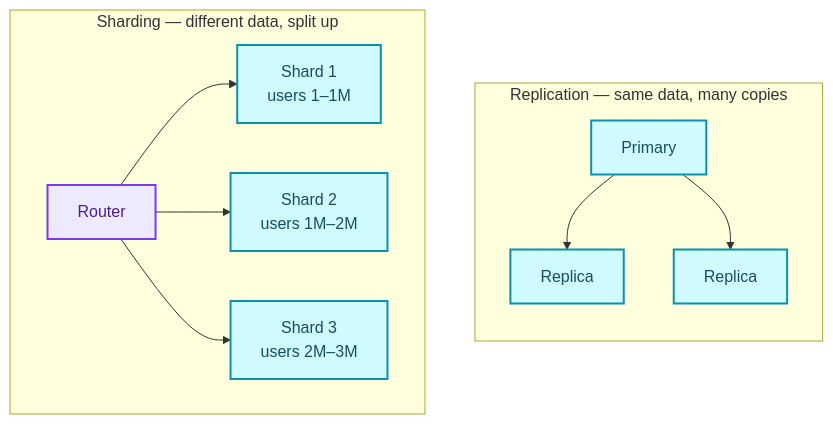
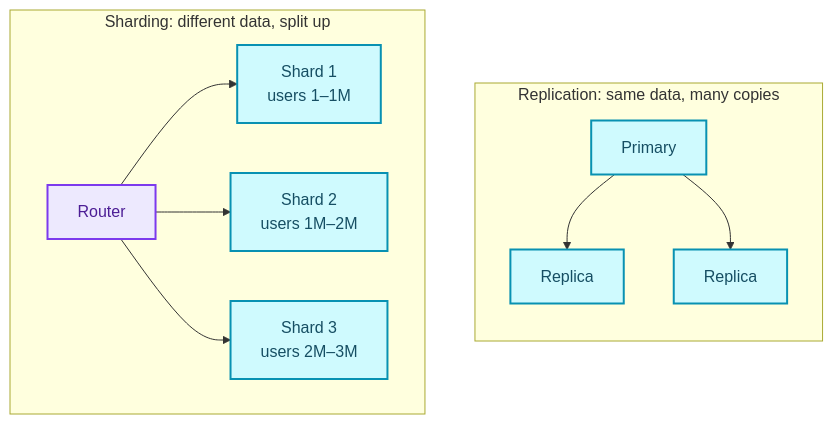
One commit to rishabh0111/rishabh0111.github.io changed the seventh of 7 diagrams in _posts/blogs/2026-10-12-system-design-databases-relational.md. Above: the diagram before and after it, drawn with Mermaid. The commit also changed other lines of this file and 42 other files, not shown here.

````diff
--- a/_posts/blogs/2026-10-12-system-design-databases-relational.md
+++ b/_posts/blogs/2026-10-12-system-design-databases-relational.md
@@ -225,18 +225,18 @@
 ```mermaid
 flowchart TB
-    subgraph Replication["Replication — same data, many copies"]
+    subgraph Replication["Replication: same data, many copies"]
         direction TB
         P["Primary"] --> R1["Replica"]
         P --> R2["Replica"]
     end
-    subgraph Sharding["Sharding — different data, split up"]
+    subgraph Sharding["Sharding: different data, split up"]
         direction LR
         Router["Router"] --> S1["Shard 1<br/>users 1–1M"]
         Router --> S2["Shard 2<br/>users 1M–2M"]
         Router --> S3["Shard 3<br/>users 2M–3M"]
     end
     classDef gateway fill:#EDE9FE,stroke:#7C3AED,stroke-width:2px,color:#4C1D95
     classDef store fill:#CFFAFE,stroke:#0891B2,stroke-width:2px,color:#164E63
     class Router gateway
     class P,R1,R2,S1,S2,S3 store
 ```
````
